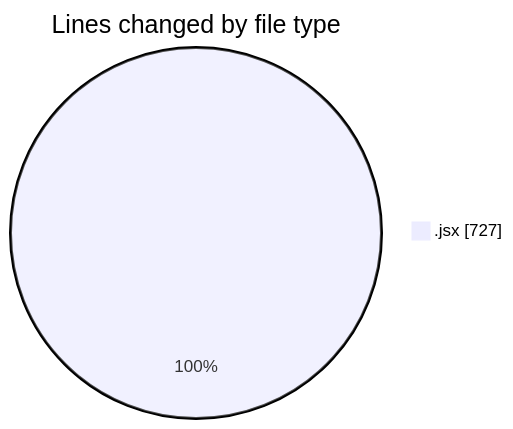
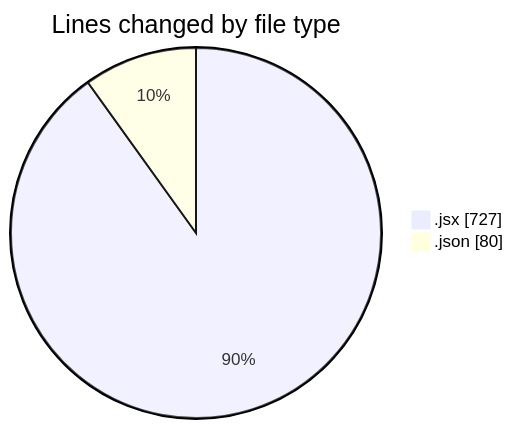
The first of 2 diagrams in 2025-02-24/elitesgpt/README.md (Elitesun/code-tracking), drawn with Mermaid before and after one commit. The commit also changed other lines of this file and 1 other file, not shown here.

````diff
--- a/2025-02-24/elitesgpt/README.md
+++ b/2025-02-24/elitesgpt/README.md
@@ -22,5 +23,6 @@
 ```mermaid
 pie showData
 title Lines changed by file type
 ".jsx" : 727
+".json" : 80
 ```
````
